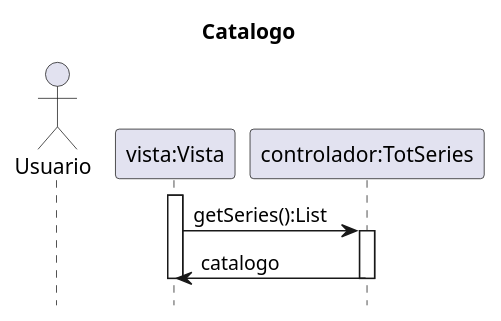
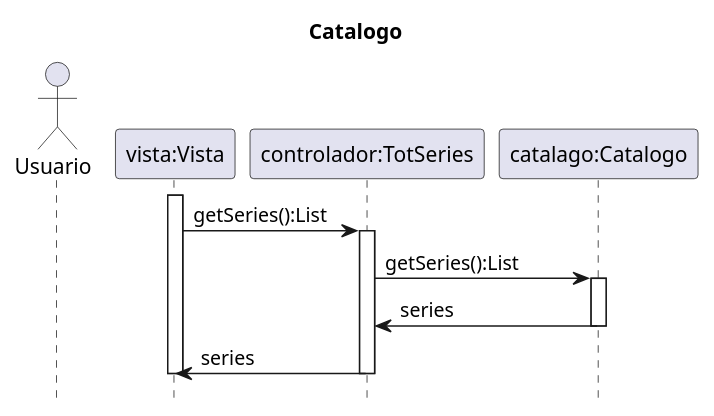
Before and after one commit to MrViciao/TotSeries: the diagram in src/totseries/Uml/Secuencia/Diagrama de secuencia Catalogo.puml, drawn with PlantUML. The commit also changed 1 other file, not shown here.

Commit message:
actualizacion del diagrama de clases

```diff
--- a/src/totseries/Uml/Secuencia/Diagrama de secuencia Catalogo.puml
+++ b/src/totseries/Uml/Secuencia/Diagrama de secuencia Catalogo.puml
@@ -1,15 +1,21 @@
 @startuml
 title		Catalogo
 hide	footbox
 
 actor	Usuario as usuario
 participant "vista:Vista" as vista
 participant "controlador:TotSeries" as totseries
+participant "catalago:Catalogo" as catalogo
 
 activate vista
 vista->totseries : getSeries():List
 activate totseries
-totseries -> vista : catalogo
+
+totseries -> catalogo : getSeries():List
+activate catalogo
+catalogo -> totseries : series
+deactivate catalogo
+totseries -> vista : series
 deactivate totseries
 deactivate vista
 @enduml
```
